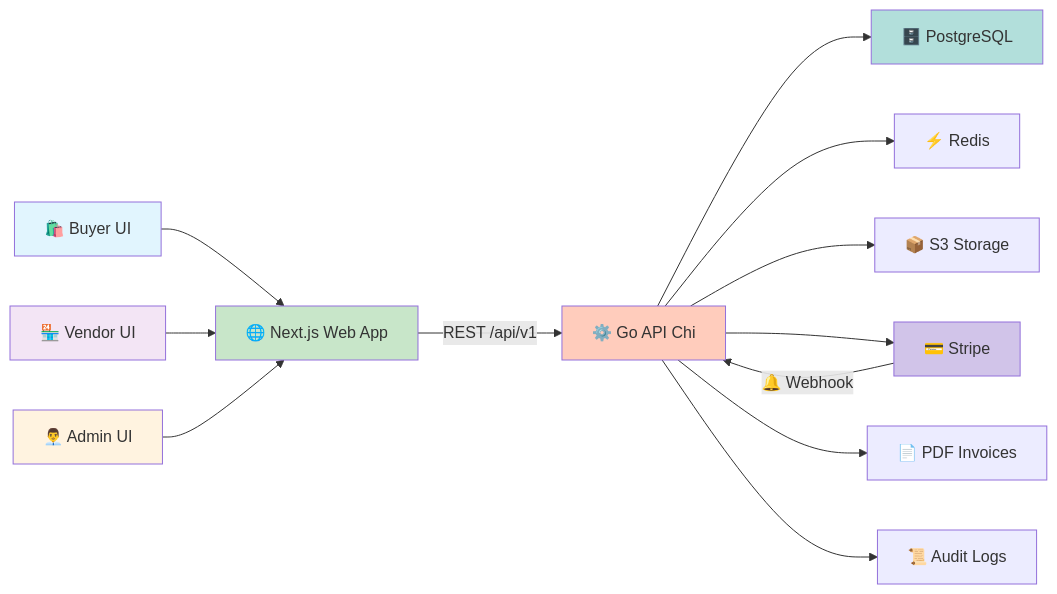
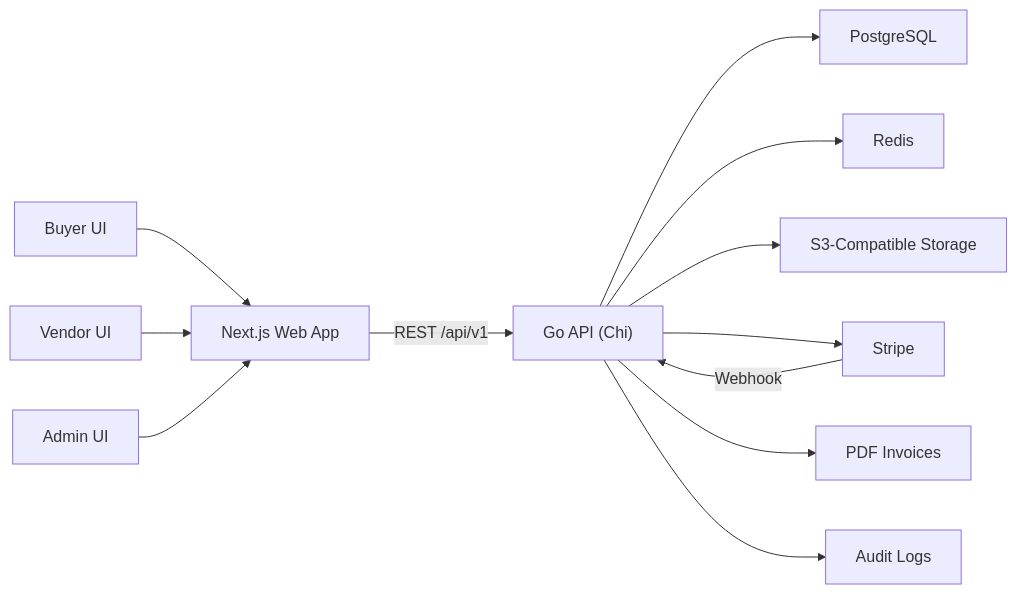
The first of 2 diagrams in README.md (yxshee/market), drawn with Mermaid before and after one commit. The commit also changed other lines of this file, not shown here.

Commit message:
docs(readme): refine flowcharts for improved clarity and consistency (#28)

````diff
--- a/README.md
+++ b/README.md
@@ -105,24 +105,16 @@
 ```mermaid
 flowchart LR
-  B[🛍️ Buyer UI] --> W[🌐 Next.js Web App]
-  V[🏪 Vendor UI] --> W
-  A[👨‍💼 Admin UI] --> W
-  W -->|REST /api/v1| API[⚙️ Go API Chi]
+  B["Buyer UI"] --> W["Next.js Web App"]
+  V["Vendor UI"] --> W
+  A["Admin UI"] --> W
+  W -- "REST /api/v1" --> API["Go API (Chi)"]
 
-  API --> PG[🗄️ PostgreSQL]
-  API --> R[⚡ Redis]
-  API --> S3[📦 S3 Storage]
-  API --> ST[💳 Stripe]
+  API --> PG["PostgreSQL"]
+  API --> R["Redis"]
+  API --> S3["S3-Compatible Storage"]
+  API --> ST["Stripe"]
 
-  ST -->|🔔 Webhook| API
-  API --> INV[📄 PDF Invoices]
-  API --> EVT[📜 Audit Logs]
-  
-  style B fill:#e1f5fe
-  style V fill:#f3e5f5
-  style A fill:#fff3e0
-  style W fill:#c8e6c9
-  style API fill:#ffccbc
-  style PG fill:#b2dfdb
-  style ST fill:#d1c4e9
+  ST -- "Webhook" --> API
+  API --> INV["PDF Invoices"]
+  API --> EVT["Audit Logs"]
 ```
````
